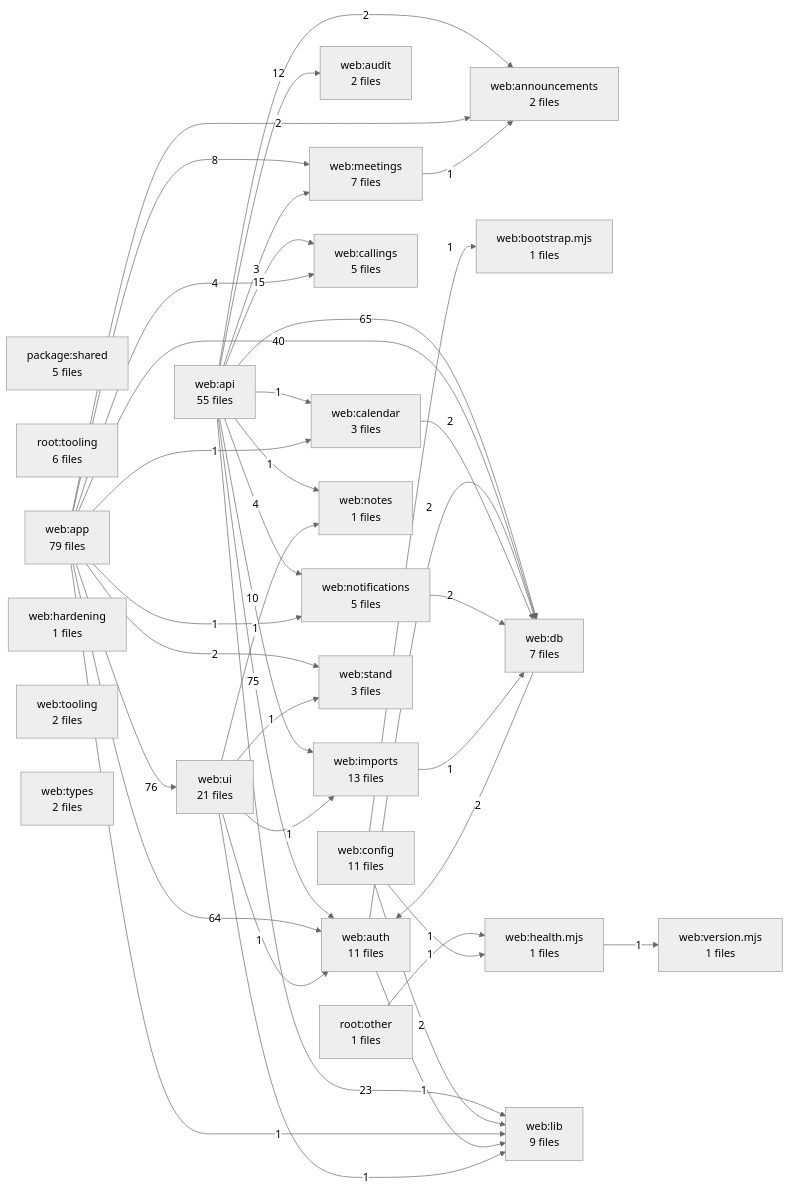
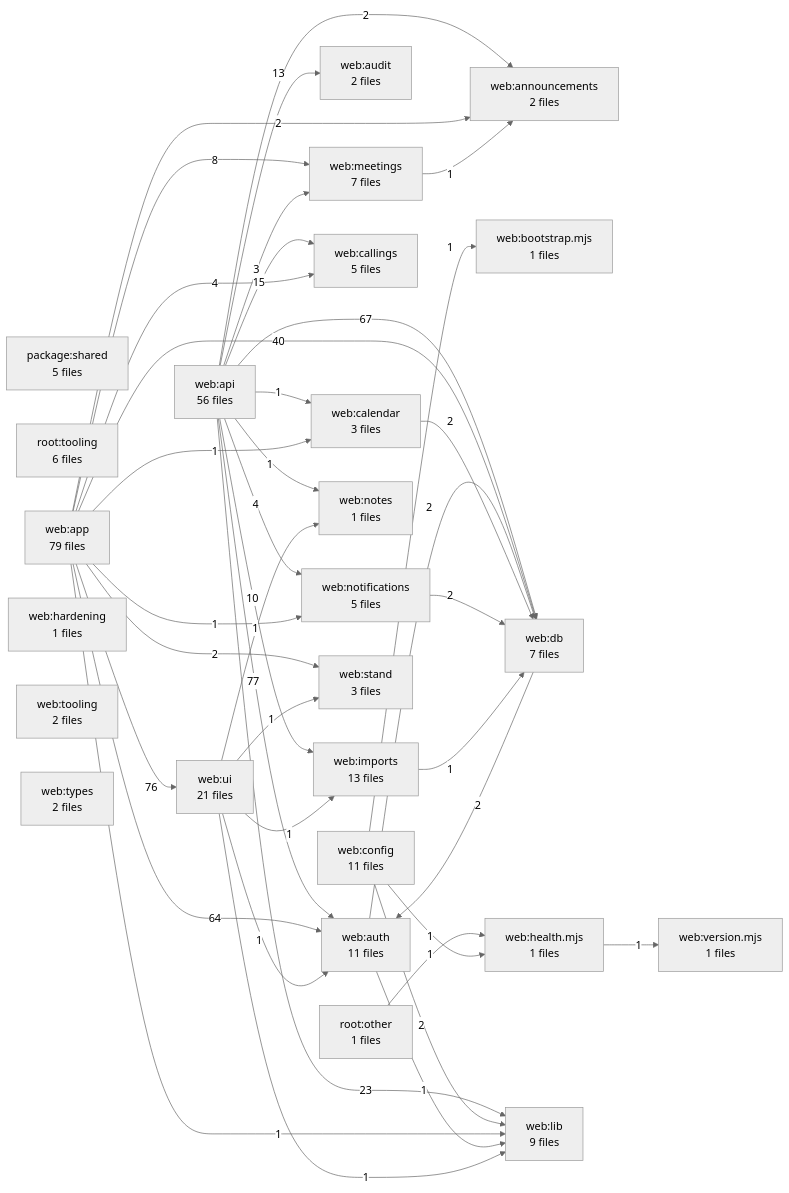
The diagram in docs/DEPENDENCY_GRAPH.md (kalebhall/the-stand), drawn with Mermaid (neutral theme) before and after one commit. The commit also changed other lines of this file and 13 other files, not shown here.

````diff
--- a/docs/DEPENDENCY_GRAPH.md
+++ b/docs/DEPENDENCY_GRAPH.md
@@ -11,66 +11,66 @@
 ```mermaid
 flowchart LR
   A1["package:shared<br/>5 files"]
   A2["root:other<br/>1 files"]
   A3["root:tooling<br/>6 files"]
   A4["web:announcements<br/>2 files"]
-  A5["web:api<br/>55 files"]
+  A5["web:api<br/>56 files"]
   A6["web:app<br/>79 files"]
   A7["web:audit<br/>2 files"]
   A8["web:auth<br/>11 files"]
   A9["web:bootstrap.mjs<br/>1 files"]
   A10["web:calendar<br/>3 files"]
   A11["web:callings<br/>5 files"]
   A12["web:config<br/>11 files"]
   A13["web:db<br/>7 files"]
   A14["web:hardening<br/>1 files"]
   A15["web:health.mjs<br/>1 files"]
   A16["web:imports<br/>13 files"]
   A17["web:lib<br/>9 files"]
   A18["web:meetings<br/>7 files"]
   A19["web:notes<br/>1 files"]
   A20["web:notifications<br/>5 files"]
   A21["web:stand<br/>3 files"]
   A22["web:tooling<br/>2 files"]
   A23["web:types<br/>2 files"]
   A24["web:ui<br/>21 files"]
   A25["web:version.mjs<br/>1 files"]
+  A5 -->|77| A8
   A6 -->|76| A24
-  A5 -->|75| A8
-  A5 -->|65| A13
+  A5 -->|67| A13
   A6 -->|64| A8
   A6 -->|40| A13
   A5 -->|23| A17
   A5 -->|15| A11
-  A5 -->|12| A7
+  A5 -->|13| A7
   A5 -->|10| A16
   A6 -->|8| A18
   A5 -->|4| A20
   A6 -->|4| A11
   A5 -->|3| A18
   A5 -->|2| A4
   A6 -->|2| A4
   A6 -->|2| A21
   A8 -->|2| A13
   A10 -->|2| A13
   A12 -->|2| A17
   A13 -->|2| A8
   A20 -->|2| A13
   A2 -->|1| A15
   A5 -->|1| A10
   A5 -->|1| A19
   A6 -->|1| A10
   A6 -->|1| A17
   A6 -->|1| A20
   A8 -->|1| A17
   A12 -->|1| A9
   A12 -->|1| A15
   A15 -->|1| A25
   A16 -->|1| A13
   A18 -->|1| A4
   A24 -->|1| A8
   A24 -->|1| A16
   A24 -->|1| A17
   A24 -->|1| A19
   A24 -->|1| A21
 ```
````
